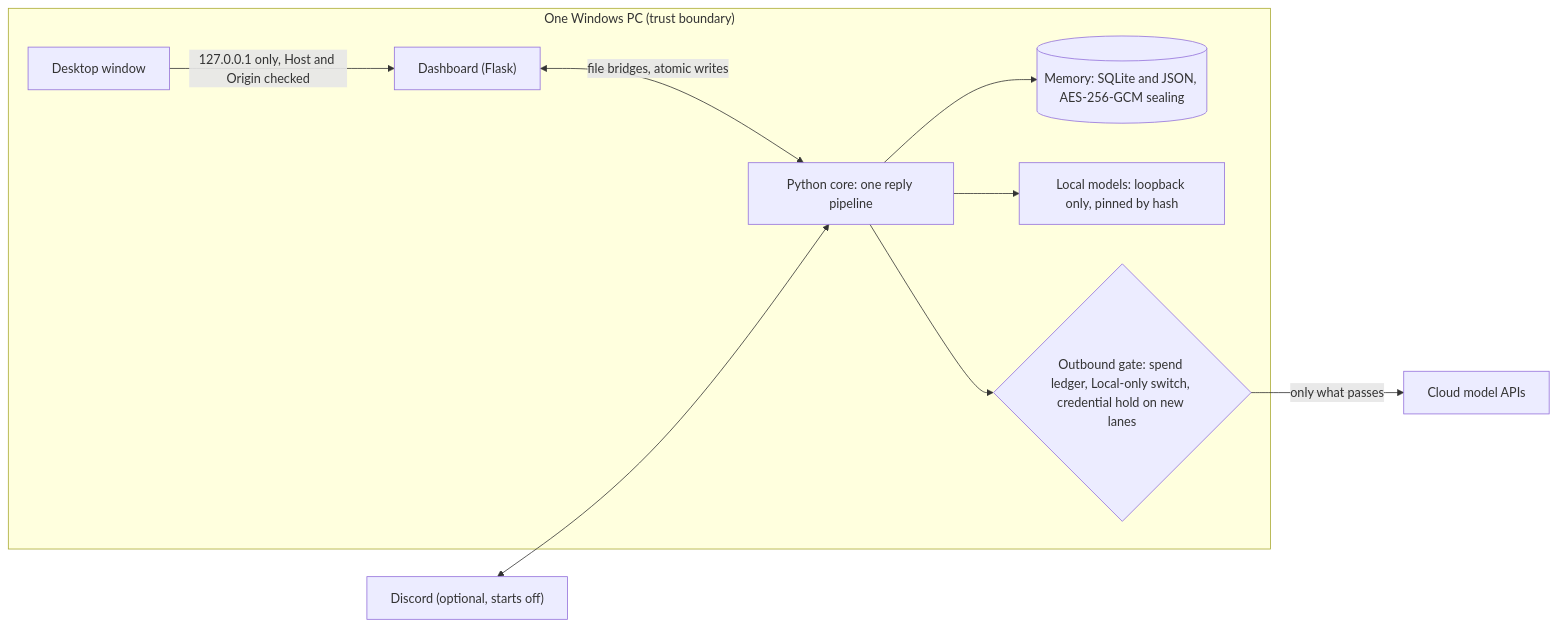
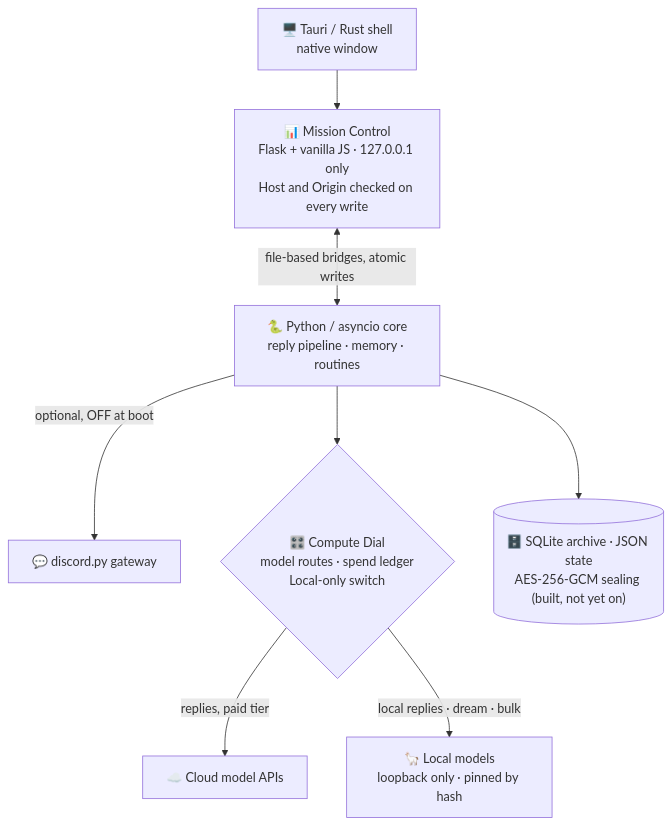
Before and after one commit to K31C0/Katt: the diagram in README.md, drawn with Mermaid. The commit also changed other lines of this file and 2 other files, not shown here.

First line of the commit message:
Front page: logo, features, architecture and design principles

````diff
--- a/README.md
+++ b/README.md
@@ -34,12 +60,11 @@
 ```mermaid
-flowchart LR
-  subgraph PC["One Windows PC (trust boundary)"]
-    UI["Desktop window"] -->|"127.0.0.1 only, Host and Origin checked"| DASH["Dashboard (Flask)"]
-    DASH <-->|"file bridges, atomic writes"| CORE["Python core: one reply pipeline"]
-    CORE --> MEM[("Memory: SQLite and JSON, AES-256-GCM sealing")]
-    CORE --> LOCAL["Local models: loopback only, pinned by hash"]
-    CORE --> GATE{"Outbound gate: spend ledger, Local-only switch, credential hold on new lanes"}
-  end
-  GATE -->|"only what passes"| CLOUD["Cloud model APIs"]
-  DISCORD["Discord (optional, starts off)"] <--> CORE
+flowchart TD
+    Shell["🖥️ Tauri / Rust shell<br/>native window"] --> Dash
+    Dash["📊 Mission Control<br/>Flask + vanilla JS · 127.0.0.1 only<br/>Host and Origin checked on every write"] <-->|file-based bridges, atomic writes| Core
+    Core["🐍 Python / asyncio core<br/>reply pipeline · memory · routines"]
+    Core -->|optional, OFF at boot| Discord["💬 discord.py gateway"]
+    Core --> Router{"🎛️ Compute Dial<br/>model routes · spend ledger<br/>Local-only switch"}
+    Router -->|replies, paid tier| Gemini["☁️ Cloud model APIs"]
+    Router -->|local replies · dream · bulk| Local["🦙 Local models<br/>loopback only · pinned by hash"]
+    Core --> Store[("🗄️ SQLite archive · JSON state<br/>AES-256-GCM sealing (built, not yet on)")]
 ```
````
